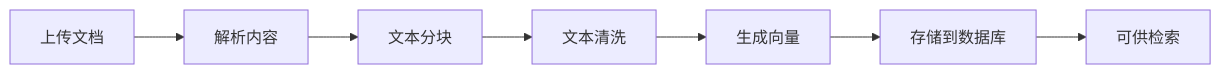
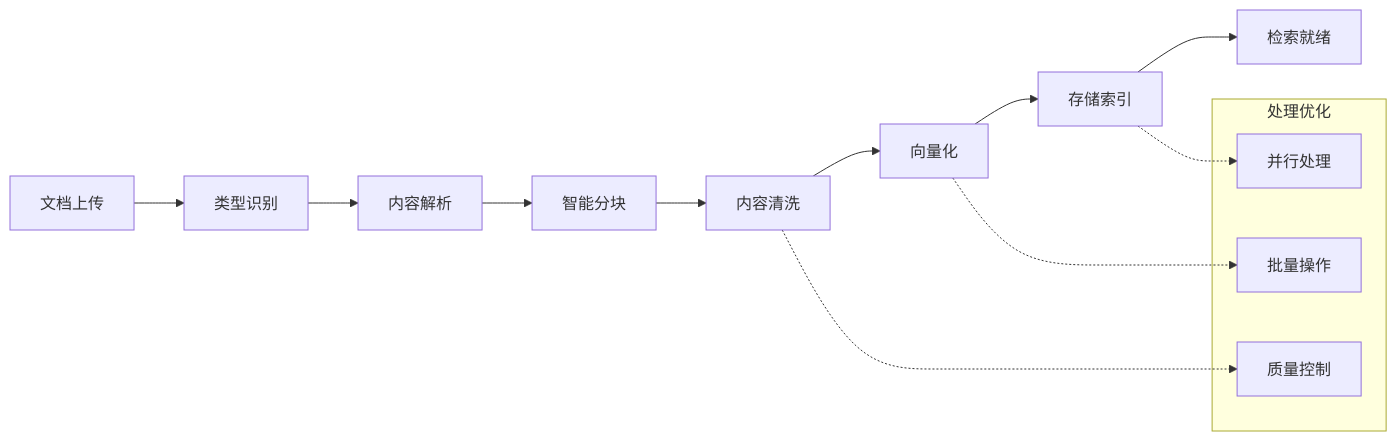
One commit to jitai-team/jitai-docs changed the second of 3 diagrams in docs/devguide/knowledge-base/create-knowledge-elements.md. Above: the diagram before and after it, drawn with Mermaid. The commit also changed other lines of this file and 11 other files, not shown here.

````diff
--- a/docs/devguide/knowledge-base/create-knowledge-elements.md
+++ b/docs/devguide/knowledge-base/create-knowledge-elements.md
@@ -33,9 +92,20 @@
 ```mermaid
 flowchart LR
-    A[上传文档] --> B[解析内容]
-    B --> C[文本分块]
-    C --> D[文本清洗]
-    D --> E[生成向量]
-    E --> F[存储到数据库]
-    F --> G[可供检索]
+    A[文档上传] --> B[类型识别]
+    B --> C[内容解析]
+    C --> D[智能分块]
+    D --> E[内容清洗]
+    E --> F[向量化]
+    F --> G[存储索引]
+    G --> H[检索就绪]
+    
+    subgraph "处理优化"
+        I[批量操作]
+        J[并行处理]
+        K[质量控制]
+    end
+    
+    F -.-> I
+    G -.-> J
+    E -.-> K
 ```
````
